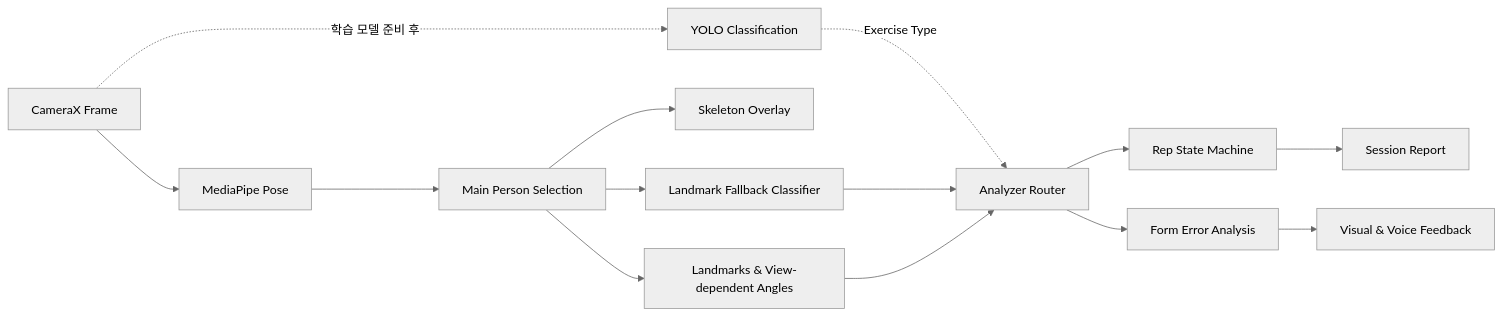
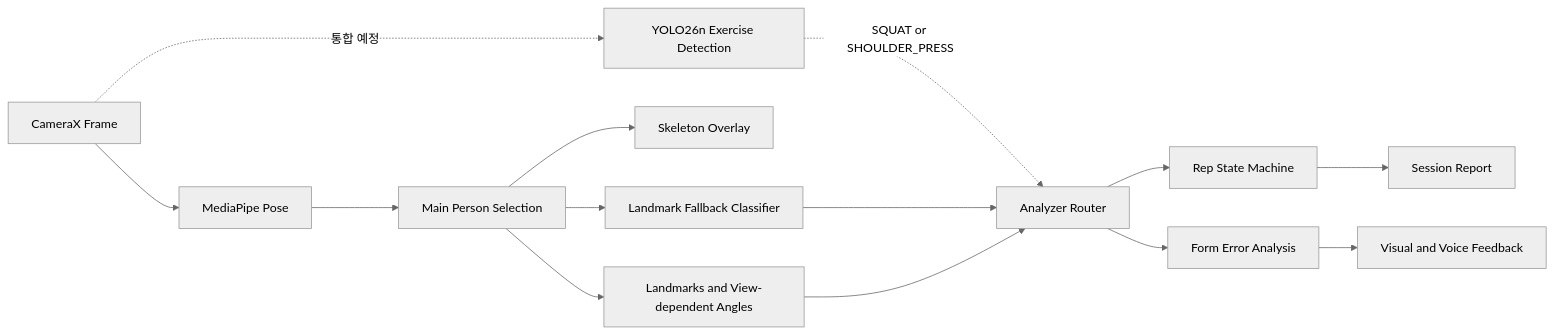
The first of 2 diagrams in README.md (WhiteBearCode02/ArPtApp), drawn with Mermaid (neutral theme) before and after one commit. The commit also changed other lines of this file and 8 other files, not shown here.

````diff
--- a/README.md
+++ b/README.md
@@ -79,16 +80,16 @@
 ```mermaid
 flowchart LR
     CAM[CameraX Frame] --> POSE[MediaPipe Pose]
-    CAM -. 학습 모델 준비 후 .-> YOLO[YOLO Classification]
+    CAM -. 통합 예정 .-> YOLO[YOLO26n Exercise Detection]
     POSE --> PERSON[Main Person Selection]
     PERSON --> OVERLAY[Skeleton Overlay]
-    PERSON --> JOINT[Landmarks & View-dependent Angles]
+    PERSON --> JOINT[Landmarks and View-dependent Angles]
     PERSON --> FALLBACK[Landmark Fallback Classifier]
-    YOLO -. Exercise Type .-> ROUTER[Analyzer Router]
+    YOLO -. SQUAT or SHOULDER_PRESS .-> ROUTER[Analyzer Router]
     FALLBACK --> ROUTER
     JOINT --> ROUTER
     ROUTER --> STATE[Rep State Machine]
     ROUTER --> FORM[Form Error Analysis]
     STATE --> REPORT[Session Report]
-    FORM --> FEEDBACK[Visual & Voice Feedback]
+    FORM --> FEEDBACK[Visual and Voice Feedback]
 ```
````
